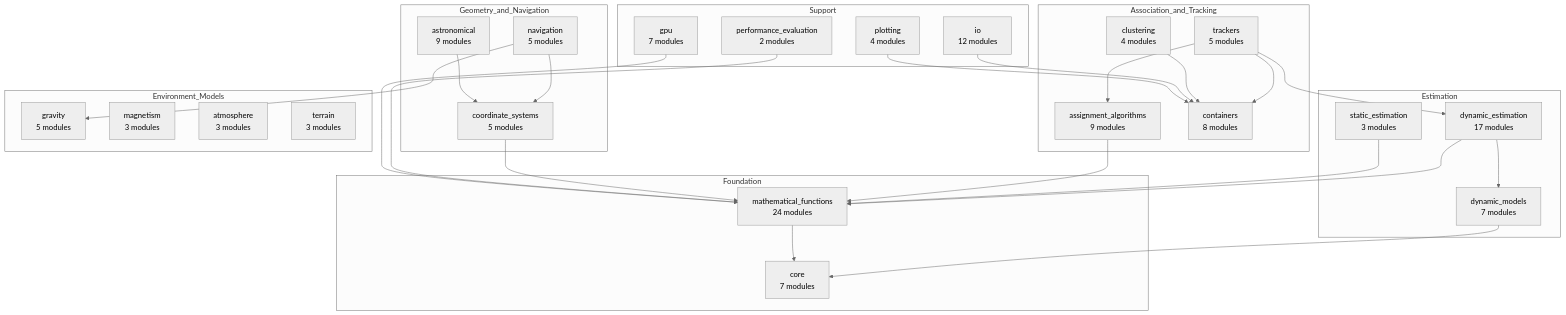
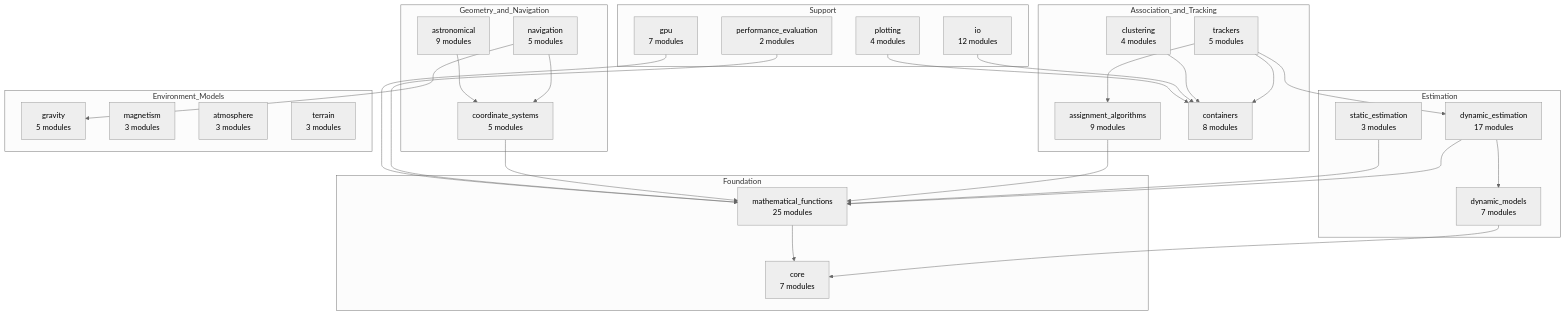
One commit to nedonatelli/TCL changed the first of 4 diagrams in docs/architecture.rst. Above: the diagram before and after it, drawn with Mermaid (neutral theme). The commit also changed 8 other files, not shown here.

```diff
--- a/docs/architecture.rst
+++ b/docs/architecture.rst
@@ -26,59 +26,59 @@
 .. mermaid::
 
    graph TD
        subgraph Estimation
            DE["dynamic_estimation<br/>17 modules"]
            DM["dynamic_models<br/>7 modules"]
            SE["static_estimation<br/>3 modules"]
        end
 
        subgraph Association_and_Tracking
            AA["assignment_algorithms<br/>9 modules"]
            TR["trackers<br/>5 modules"]
            CL["clustering<br/>4 modules"]
            CO["containers<br/>8 modules"]
        end
 
        subgraph Geometry_and_Navigation
            CS["coordinate_systems<br/>5 modules"]
            NA["navigation<br/>5 modules"]
            AS["astronomical<br/>9 modules"]
        end
 
        subgraph Environment_Models
            GR["gravity<br/>5 modules"]
            MA["magnetism<br/>3 modules"]
            AT["atmosphere<br/>3 modules"]
            TE["terrain<br/>3 modules"]
        end
 
        subgraph Foundation
-           MF["mathematical_functions<br/>24 modules"]
+           MF["mathematical_functions<br/>25 modules"]
            CR["core<br/>7 modules"]
        end
 
        subgraph Support
            IO["io<br/>12 modules"]
            GP["gpu<br/>7 modules"]
            PL["plotting<br/>4 modules"]
            PE["performance_evaluation<br/>2 modules"]
        end
 
        TR --> DE
        TR --> AA
        TR --> CO
        DE --> DM
        DE --> MF
        AA --> MF
        CL --> CO
        NA --> CS
        NA --> GR
        AS --> CS
        SE --> MF
        CS --> MF
        PE --> MF
        IO --> CO
        GP --> MF
        PL --> CO
        DM --> CR
        MF --> CR
```
